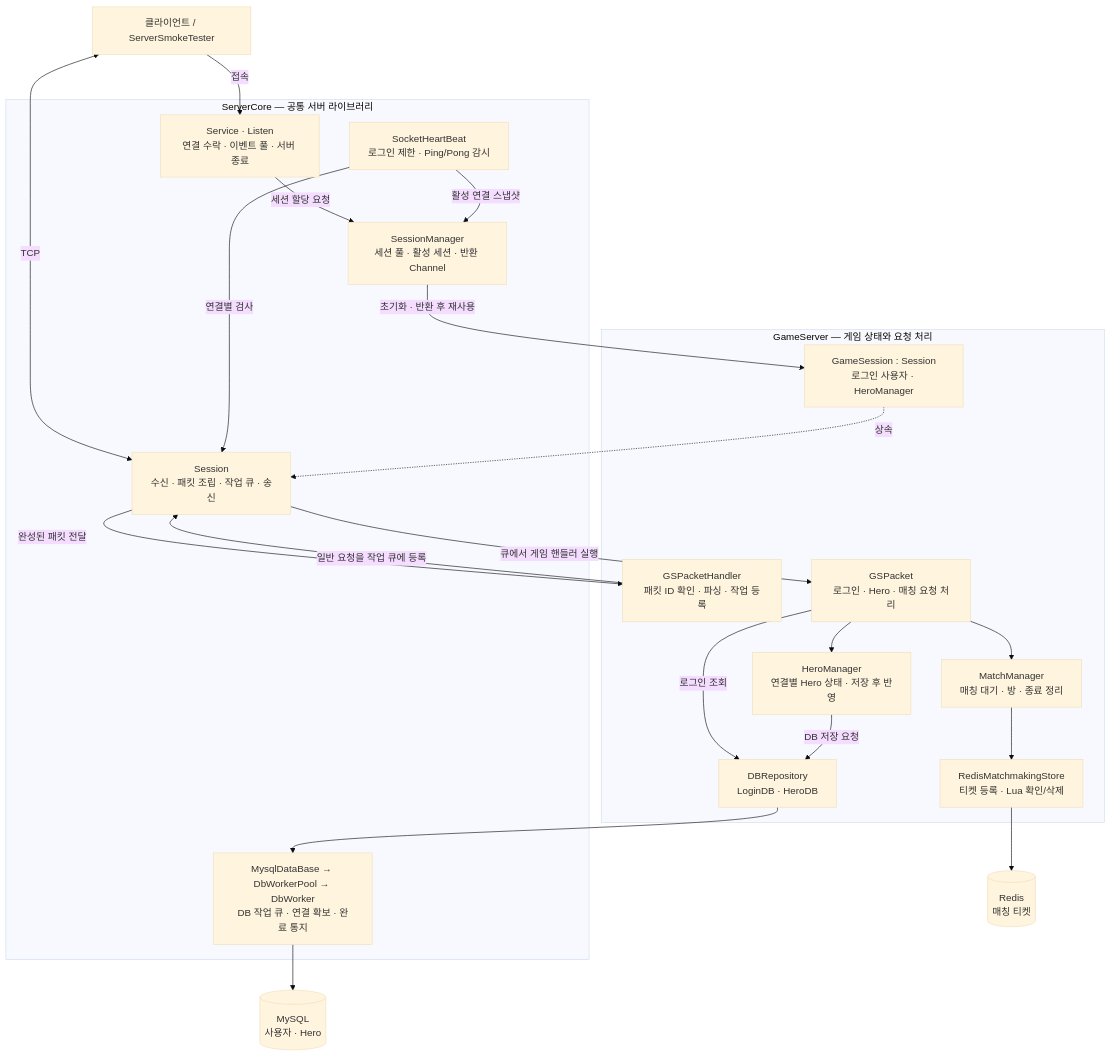
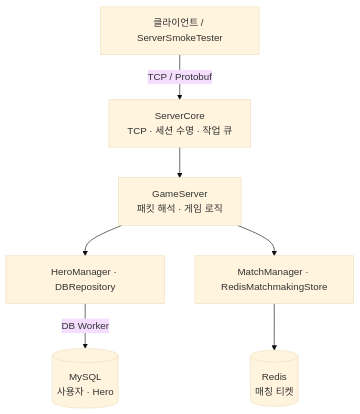
One commit to GodDongjin/CSharpServer_Portfolio changed the diagram in README.md. Above: the diagram before and after it, drawn with Mermaid (base theme). The commit also changed other lines of this file, not shown here.

````diff
--- a/README.md
+++ b/README.md
@@ -11,40 +11,16 @@
 ```mermaid
-flowchart TB
+flowchart TD
     Client["클라이언트 / ServerSmokeTester"]
-    subgraph Core["ServerCore — 공통 서버 라이브러리"]
-        Service["Service · Listen<br/>연결 수락 · 이벤트 풀 · 서버 종료"]
-        Manager["SessionManager<br/>세션 풀 · 활성 세션 · 반환 Channel"]
-        Session["Session<br/>수신 · 패킷 조립 · 작업 큐 · 송신"]
-        Heartbeat["SocketHeartBeat<br/>로그인 제한 · Ping/Pong 감시"]
-        DB["MysqlDataBase → DbWorkerPool → DbWorker<br/>DB 작업 큐 · 연결 확보 · 완료 통지"]
-    end
-    subgraph Game["GameServer — 게임 상태와 요청 처리"]
-        GameSession["GameSession : Session<br/>로그인 사용자 · HeroManager"]
-        Handler["GSPacketHandler<br/>패킷 ID 확인 · 파싱 · 작업 등록"]
-        Packet["GSPacket<br/>로그인 · Hero · 매칭 요청 처리"]
-        Hero["HeroManager<br/>연결별 Hero 상태 · 저장 후 반영"]
-        Repo["DBRepository<br/>LoginDB · HeroDB"]
-        Match["MatchManager<br/>매칭 대기 · 방 · 종료 정리"]
-        Store["RedisMatchmakingStore<br/>티켓 등록 · Lua 확인/삭제"]
-    end
-    MySQL[("MySQL<br/>사용자 · Hero")]
+    Core["ServerCore<br/>TCP · 세션 수명 · 작업 큐"]
+    Game["GameServer<br/>패킷 해석 · 게임 로직"]
+    Hero["HeroManager · DBRepository"]
+    Match["MatchManager · RedisMatchmakingStore"]
+    DB[("MySQL<br/>사용자 · Hero")]
     Redis[("Redis<br/>매칭 티켓")]
-    Client -->|접속| Service
-    Service -->|세션 할당 요청| Manager
-    Manager -->|초기화 · 반환 후 재사용| GameSession
-    GameSession -.->|상속| Session
-    Client <-->|TCP| Session
-    Heartbeat -->|활성 연결 스냅샷| Manager
-    Heartbeat -->|연결별 검사| Session
-    Session -->|완성된 패킷 전달| Handler
-    Handler -->|일반 요청을 작업 큐에 등록| Session
-    Session -->|큐에서 게임 핸들러 실행| Packet
-    Packet --> Hero
-    Packet -->|로그인 조회| Repo
-    Hero -->|DB 저장 요청| Repo
-    Repo --> DB
-    DB --> MySQL
-    Packet --> Match
-    Match --> Store
-    Store --> Redis
+    Client -->|TCP / Protobuf| Core
+    Core --> Game
+    Game --> Hero
+    Game --> Match
+    Hero -->|DB Worker| DB
+    Match --> Redis
 ```
````
